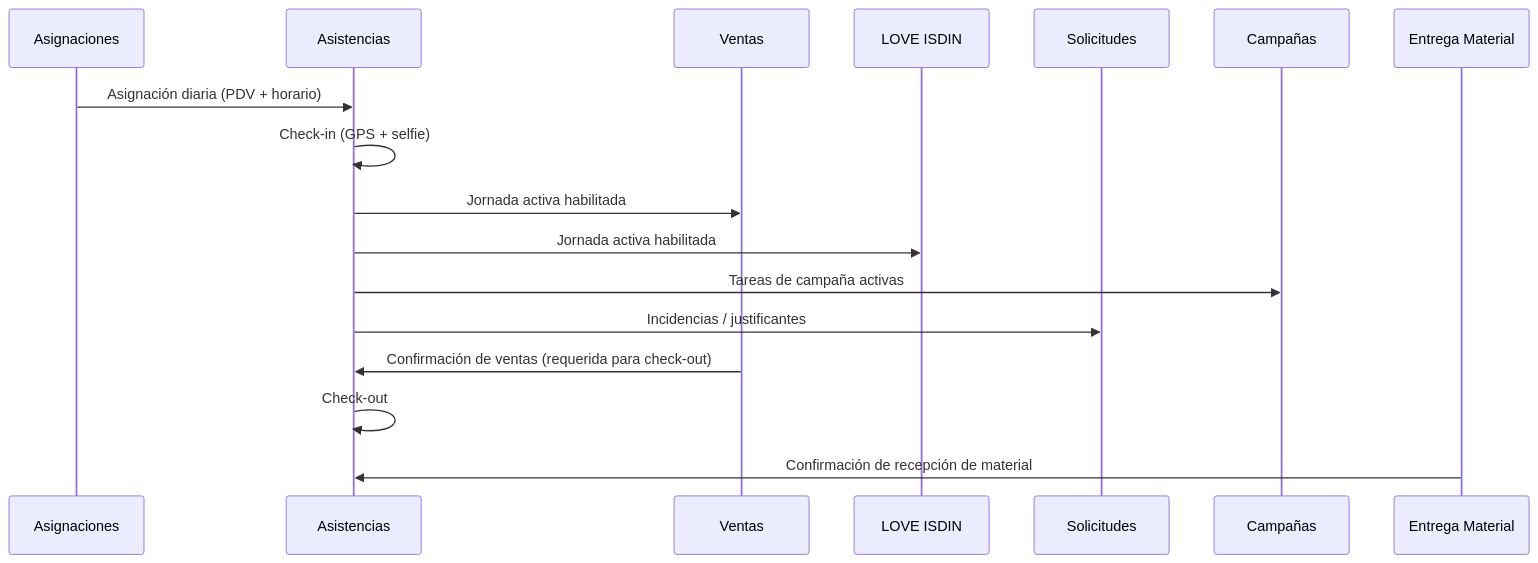
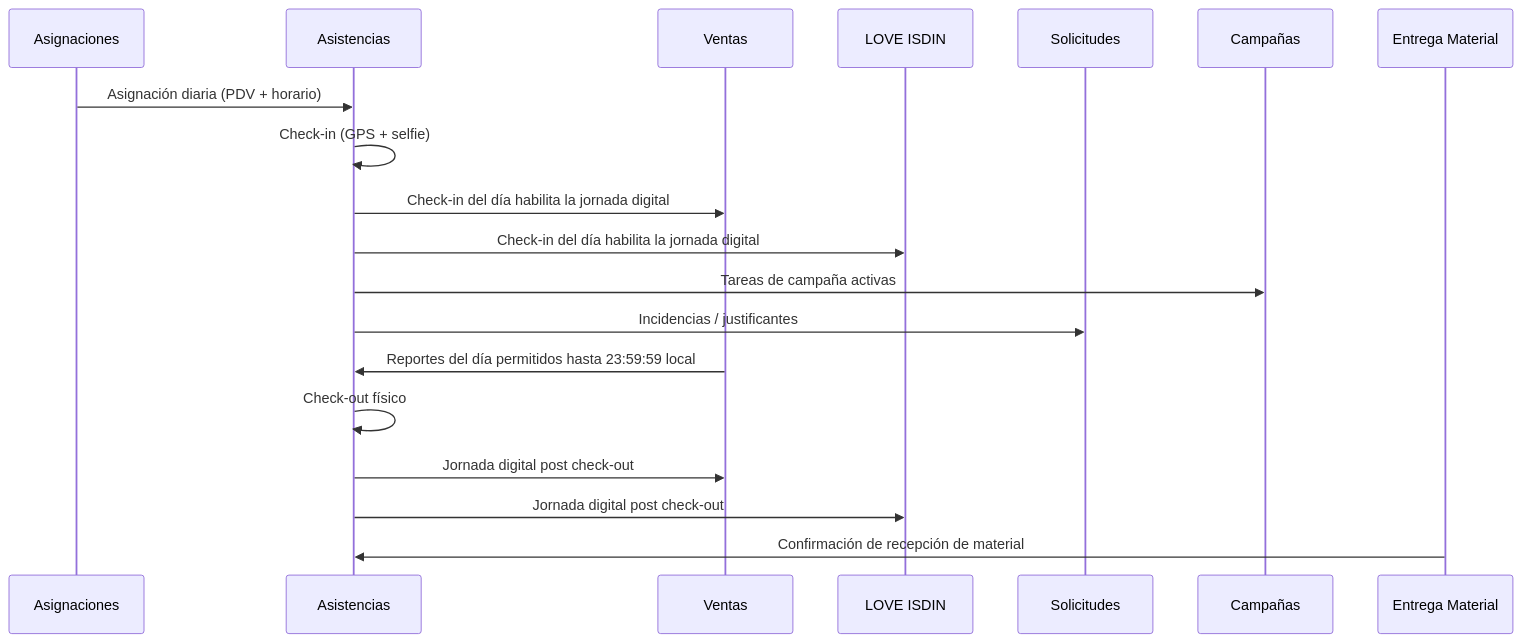
One commit to HectorValle89/Retail-Saas changed the fifth of 15 diagrams in .kiro/specs/field-force-platform/design.md. Above: the diagram before and after it, drawn with Mermaid. The commit also changed other lines of this file and 15 other files, not shown here.

````diff
--- a/.kiro/specs/field-force-platform/design.md
+++ b/.kiro/specs/field-force-platform/design.md
@@ -192,20 +269,22 @@
 ```mermaid
 sequenceDiagram
   participant ASG as Asignaciones
   participant AST as Asistencias
   participant VEN as Ventas
   participant LIS as LOVE ISDIN
   participant SOL as Solicitudes
   participant CAM as Campañas
   participant ENT as Entrega Material
 
   ASG->>AST: Asignación diaria (PDV + horario)
   AST->>AST: Check-in (GPS + selfie)
-  AST->>VEN: Jornada activa habilitada
-  AST->>LIS: Jornada activa habilitada
+  AST->>VEN: Check-in del día habilita la jornada digital
+  AST->>LIS: Check-in del día habilita la jornada digital
   AST->>CAM: Tareas de campaña activas
   AST->>SOL: Incidencias / justificantes
-  VEN->>AST: Confirmación de ventas (requerida para check-out)
-  AST->>AST: Check-out
+  VEN->>AST: Reportes del día permitidos hasta 23:59:59 local
+  AST->>AST: Check-out físico
+  AST->>VEN: Jornada digital post check-out
+  AST->>LIS: Jornada digital post check-out
   ENT->>AST: Confirmación de recepción de material
 ```
````
